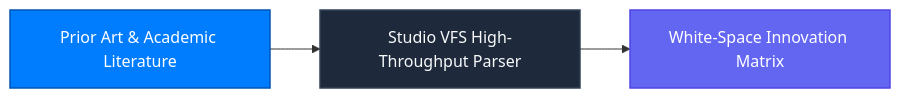
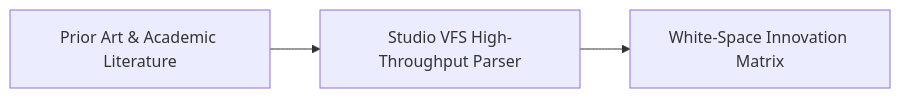
The diagram in use-cases/rnd-and-patents.mdx (Connex-Brothers-Consulting-Group/cbcg-hs-connex-docs), drawn with Mermaid before and after one commit. The commit also changed 24 other files, not shown here.

Commit message:
fix(docs): restore Lucide card icons, enforce transparent Mermaid line-art, add Cryptographic Kill Switch, and refine quiet luxury banner

````diff
--- a/use-cases/rnd-and-patents.mdx
+++ b/use-cases/rnd-and-patents.mdx
@@ -9,9 +9,5 @@
 ```mermaid
 graph LR
-    classDef primary fill:#007CFF,stroke:#0056B3,stroke-width:1.5px,color:#FFFFFF;
-    classDef enterprise fill:#1E293B,stroke:#334155,stroke-width:1.5px,color:#F8FAFC;
-    classDef ai fill:#6366F1,stroke:#4F46E5,stroke-width:1.5px,color:#FFFFFF;
-
-    Patents["Prior Art & Academic Literature"]:::primary --> Ingest["Studio VFS High-Throughput Parser"]:::enterprise
-    Ingest --> Matrix["White-Space Innovation Matrix"]:::ai
+Patents["Prior Art & Academic Literature"] --> Ingest["Studio VFS High-Throughput Parser"]
+    Ingest --> Matrix["White-Space Innovation Matrix"]
 ```
````
